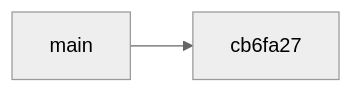
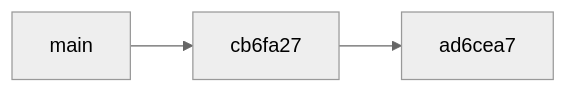
Before and after one commit to thenativeweb/temp--git: the second of 2 diagrams in README.md, drawn with Mermaid (neutral theme). The commit also changed other lines of this file, not shown here.

````diff
--- a/README.md
+++ b/README.md
@@ -47,4 +55,5 @@
 ```mermaid
 flowchart LR
   main --> cb6fa27
+  cb6fa27 --> ad6cea7
 ```
````
